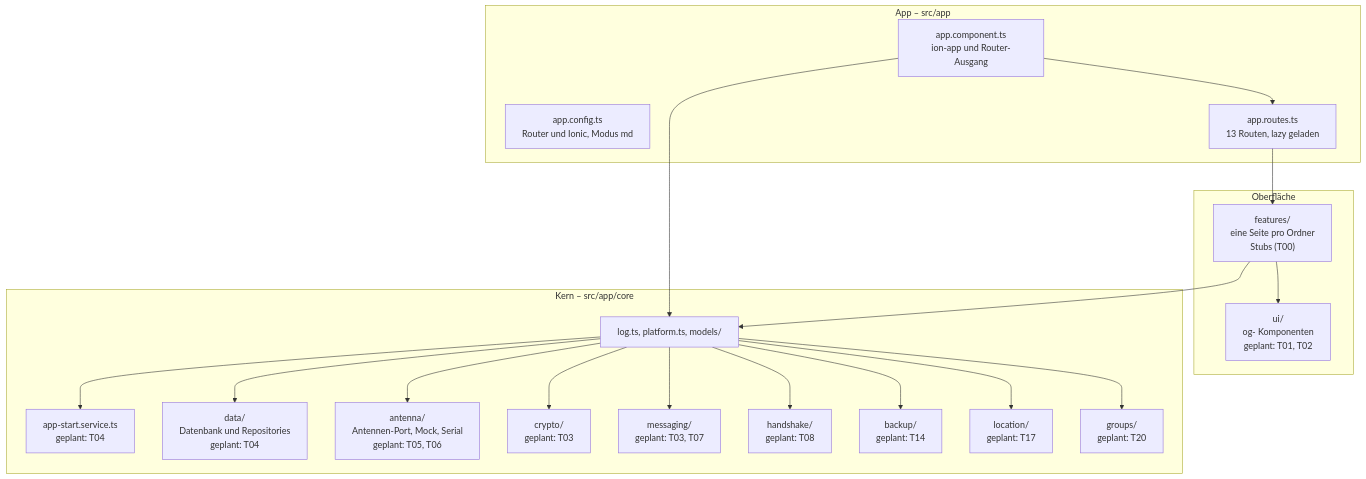
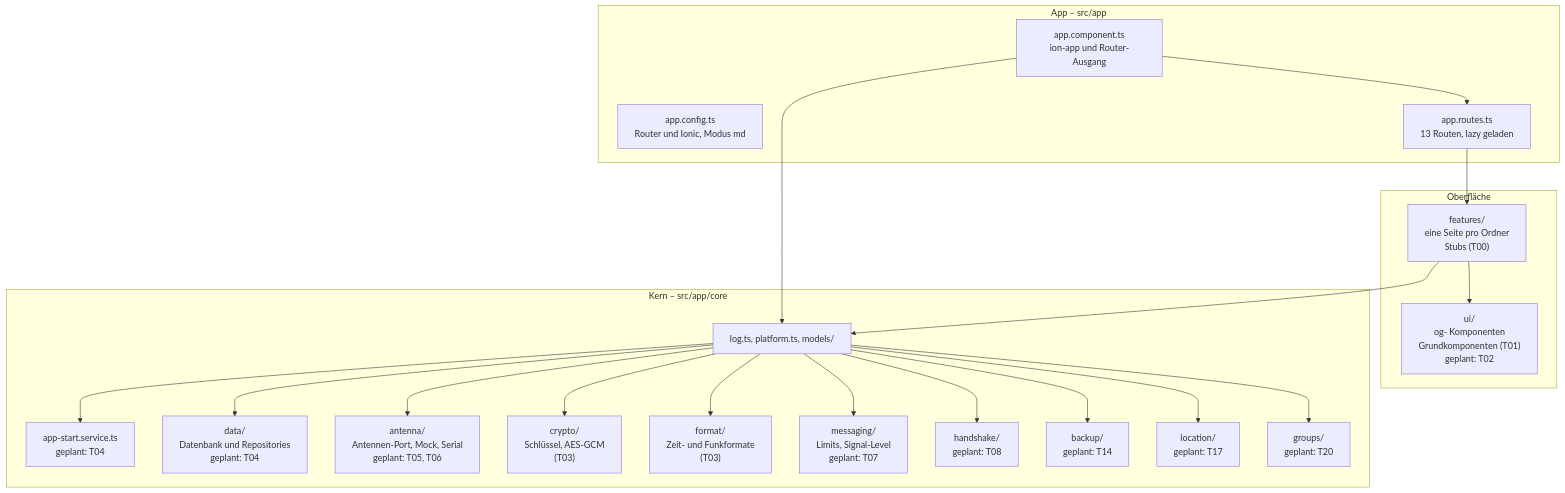
One commit to OffGridCH/app changed the diagram in doku/architektur/ueberblick.md. Above: the diagram before and after it, drawn with Mermaid. The commit also changed other lines of this file and 3 other files, not shown here.

````diff
--- a/doku/architektur/ueberblick.md
+++ b/doku/architektur/ueberblick.md
@@ -9,38 +11,40 @@
 ```mermaid
 flowchart TD
     subgraph App["App – src/app"]
         Root["app.component.ts<br>ion-app und Router-Ausgang"]
         Config["app.config.ts<br>Router und Ionic, Modus md"]
         Routes["app.routes.ts<br>13 Routen, lazy geladen"]
     end
     subgraph Ui["Oberfläche"]
         Pages["features/<br>eine Seite pro Ordner<br>Stubs (T00)"]
-        Components["ui/<br>og- Komponenten<br>geplant: T01, T02"]
+        Components["ui/<br>og- Komponenten<br>Grundkomponenten (T01)<br>geplant: T02"]
     end
     subgraph Core["Kern – src/app/core"]
         Basis["log.ts, platform.ts, models/"]
         Start["app-start.service.ts<br>geplant: T04"]
         Data["data/<br>Datenbank und Repositories<br>geplant: T04"]
         Antenna["antenna/<br>Antennen-Port, Mock, Serial<br>geplant: T05, T06"]
-        Crypto["crypto/<br>geplant: T03"]
-        Messaging["messaging/<br>geplant: T03, T07"]
+        Crypto["crypto/<br>Schlüssel, AES-GCM<br/>(T03)"]
+        Format["format/<br>Zeit- und Funkformate<br/>(T03)"]
+        Messaging["messaging/<br>Limits, Signal-Level<br/>geplant: T07"]
         Handshake["handshake/<br>geplant: T08"]
         Backup["backup/<br>geplant: T14"]
         Location["location/<br>geplant: T17"]
         Groups["groups/<br>geplant: T20"]
     end
     Root --> Routes
     Routes --> Pages
     Pages --> Components
     Pages --> Basis
     Root --> Basis
     Basis --> Start
     Basis --> Data
     Basis --> Antenna
     Basis --> Crypto
+    Basis --> Format
     Basis --> Messaging
     Basis --> Handshake
     Basis --> Backup
     Basis --> Location
     Basis --> Groups
 ```
````
